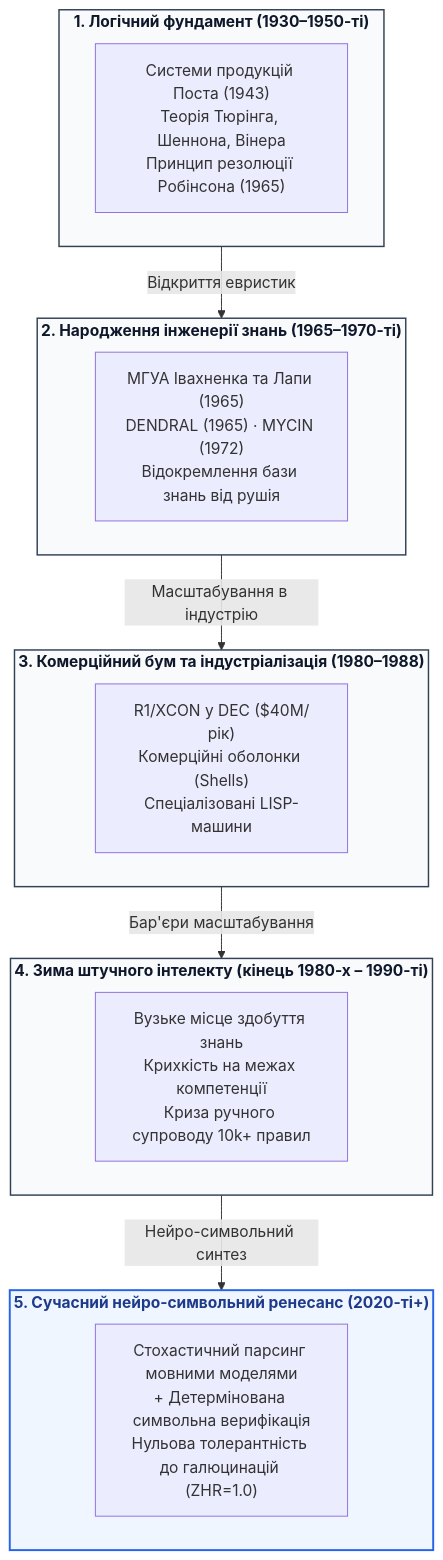
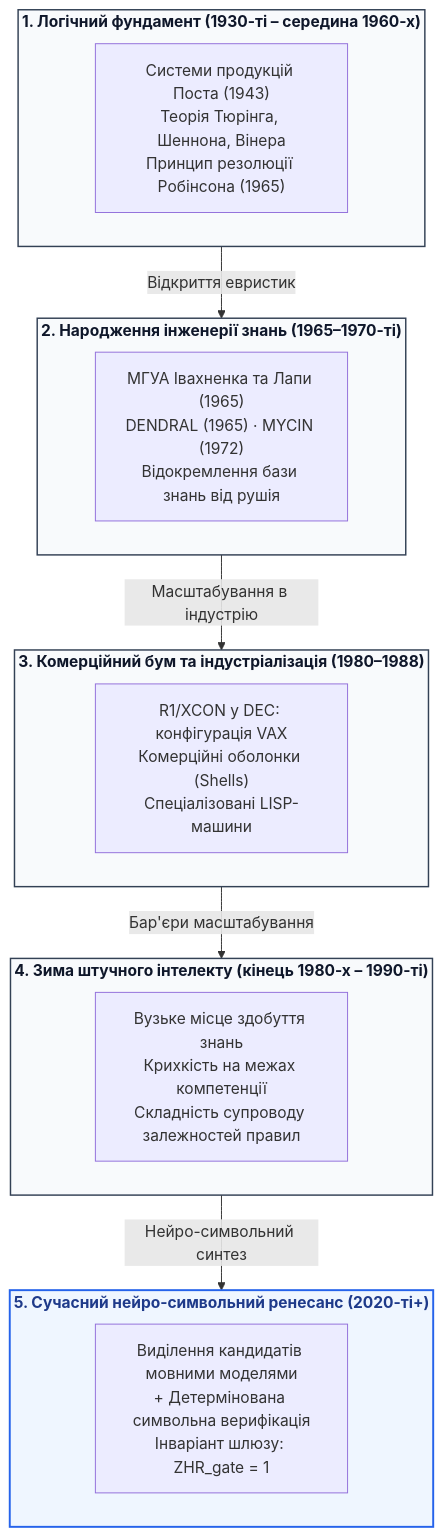
Before and after one commit to nick-fedchik/articles: the second of 7 diagrams in ExpertSystem/ch01-introduction-to-expert-systems.md, drawn with Mermaid. The commit also changed other lines of this file and 375 other files, not shown here.

````diff
--- a/ExpertSystem/ch01-introduction-to-expert-systems.md
+++ b/ExpertSystem/ch01-introduction-to-expert-systems.md
@@ -168,40 +186,40 @@
 ```mermaid
 flowchart TD
     accTitle: П'ять хвиль історичної еволюції експертних систем
     accDescr: Хронологічний розвиток від логічних основ Поста і Тюрінга через народження інженерії знань, комерційний бум та AI-зиму до сучасного нейро-символьного ренесансу.
 
-    subgraph W1["<b>1. Логічний фундамент (1930–1950-ті)</b>"]
+    subgraph W1["<b>1. Логічний фундамент (1930-ті – середина 1960-х)</b>"]
         direction LR
         P1["Системи продукцій Поста (1943)<br/>Теорія Тюрінга, Шеннона, Вінера<br/>Принцип резолюції Робінсона (1965)"]
     end
 
     subgraph W2["<b>2. Народження інженерії знань (1965–1970-ті)</b>"]
         direction LR
         P2["МГУА Івахненка та Лапи (1965)<br/>DENDRAL (1965) · MYCIN (1972)<br/>Відокремлення бази знань від рушія"]
     end
 
     subgraph W3["<b>3. Комерційний бум та індустріалізація (1980–1988)</b>"]
         direction LR
-        P3["R1/XCON у DEC ($40M/рік)<br/>Комерційні оболонки (Shells)<br/>Спеціалізовані LISP-машини"]
+        P3["R1/XCON у DEC: конфігурація VAX<br/>Комерційні оболонки (Shells)<br/>Спеціалізовані LISP-машини"]
     end
 
     subgraph W4["<b>4. Зима штучного інтелекту (кінець 1980-х – 1990-ті)</b>"]
         direction LR
-        P4["Вузьке місце здобуття знань<br/>Крихкість на межах компетенції<br/>Криза ручного супроводу 10k+ правил"]
+        P4["Вузьке місце здобуття знань<br/>Крихкість на межах компетенції<br/>Складність супроводу залежностей правил"]
     end
 
     subgraph W5["<b>5. Сучасний нейро-символьний ренесанс (2020-ті+)</b>"]
         direction LR
-        P5["Стохастичний парсинг мовними моделями<br/>+ Детермінована символьна верифікація<br/>Нульова толерантність до галюцинацій (ZHR=1.0)"]
+        P5["Виділення кандидатів мовними моделями<br/>+ Детермінована символьна верифікація<br/>Інваріант шлюзу: ZHR_gate = 1"]
     end
 
     W1 -->|Відкриття евристик| W2
     W2 -->|Масштабування в індустрію| W3
     W3 -->|Бар'єри масштабування| W4
     W4 -->|Нейро-символьний синтез| W5
 
     classDef stage fill:#f8fafc,stroke:#334155,stroke-width:1.5px,color:#0f172a;
     classDef curr fill:#eff6ff,stroke:#2563eb,stroke-width:2px,color:#1e3a8a;
     class W1,W2,W3,W4 stage;
     class W5 curr;
 ```
````
